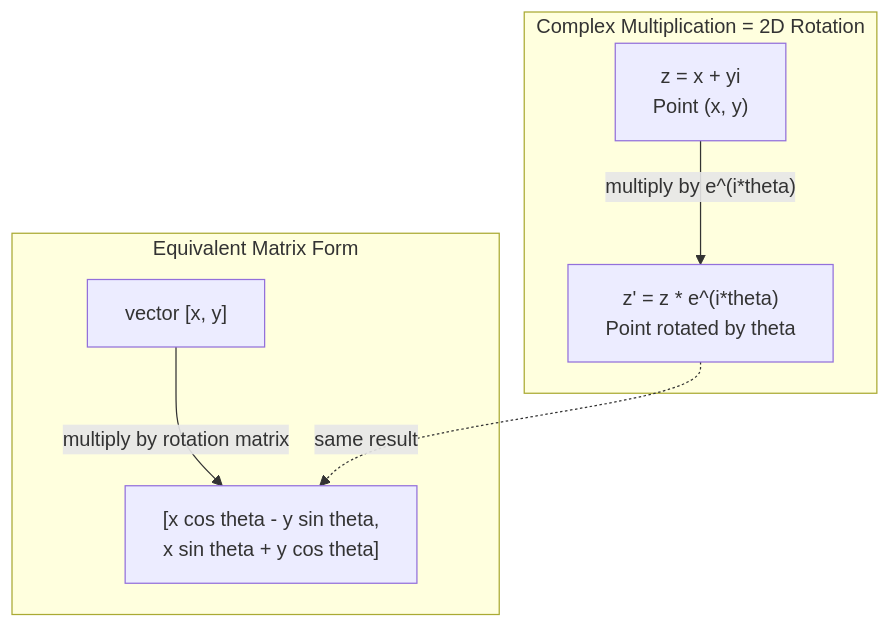
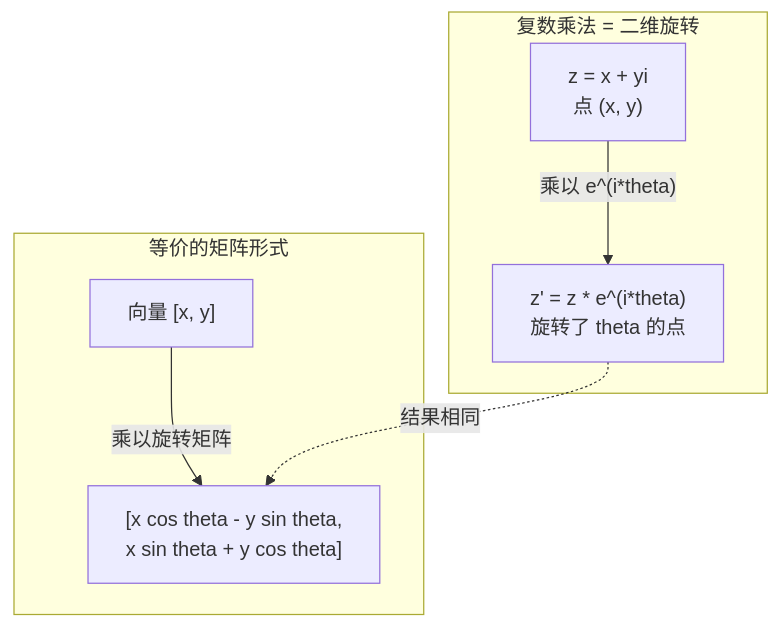
The first of 2 diagrams in phases/01-math-foundations/19-complex-numbers/docs/zh.md (alessandrodinisio-ai/ai-engineering-learning-framework), drawn with Mermaid before and after one commit. The commit also changed other lines of this file and 120 other files, not shown here.

First line of the commit message:
i18n(mermaid): 337 个 mermaid 图表标签中文化

````diff
--- a/phases/01-math-foundations/19-complex-numbers/docs/zh.md
+++ b/phases/01-math-foundations/19-complex-numbers/docs/zh.md
@@ -163,10 +163,10 @@
 ```mermaid
 graph TD
-    subgraph "Complex Multiplication = 2D Rotation"
-        A["z = x + yi<br/>Point (x, y)"] -->|"multiply by e^(i*theta)"| B["z' = z * e^(i*theta)<br/>Point rotated by theta"]
+    subgraph "复数乘法 = 二维旋转"
+        A["z = x + yi<br/>点 (x, y)"] -->|"乘以 e^(i*theta)"| B["z' = z * e^(i*theta)<br/>旋转了 theta 的点"]
     end
-    subgraph "Equivalent Matrix Form"
-        C["vector [x, y]"] -->|"multiply by rotation matrix"| D["[x cos theta - y sin theta,<br/> x sin theta + y cos theta]"]
+    subgraph "等价的矩阵形式"
+        C["向量 [x, y]"] -->|"乘以旋转矩阵"| D["[x cos theta - y sin theta,<br/> x sin theta + y cos theta]"]
     end
-    B -.->|"same result"| D
+    B -.->|"结果相同"| D
 ```
````
